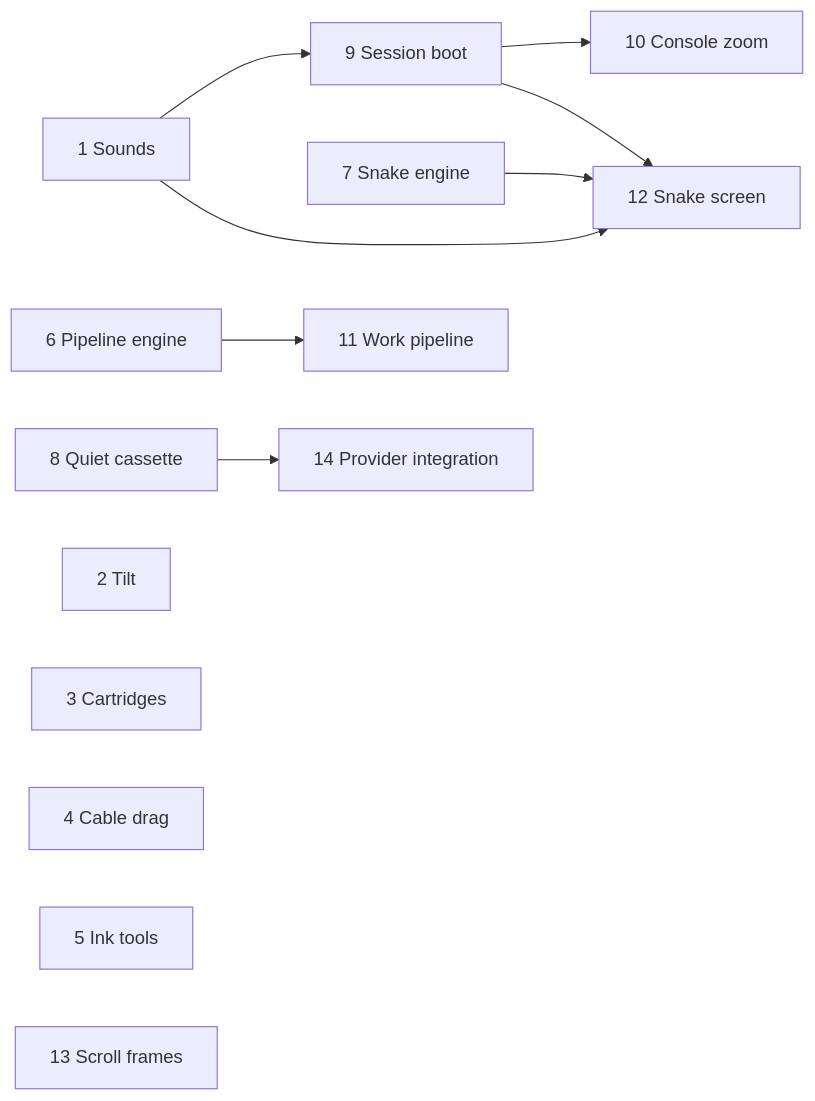
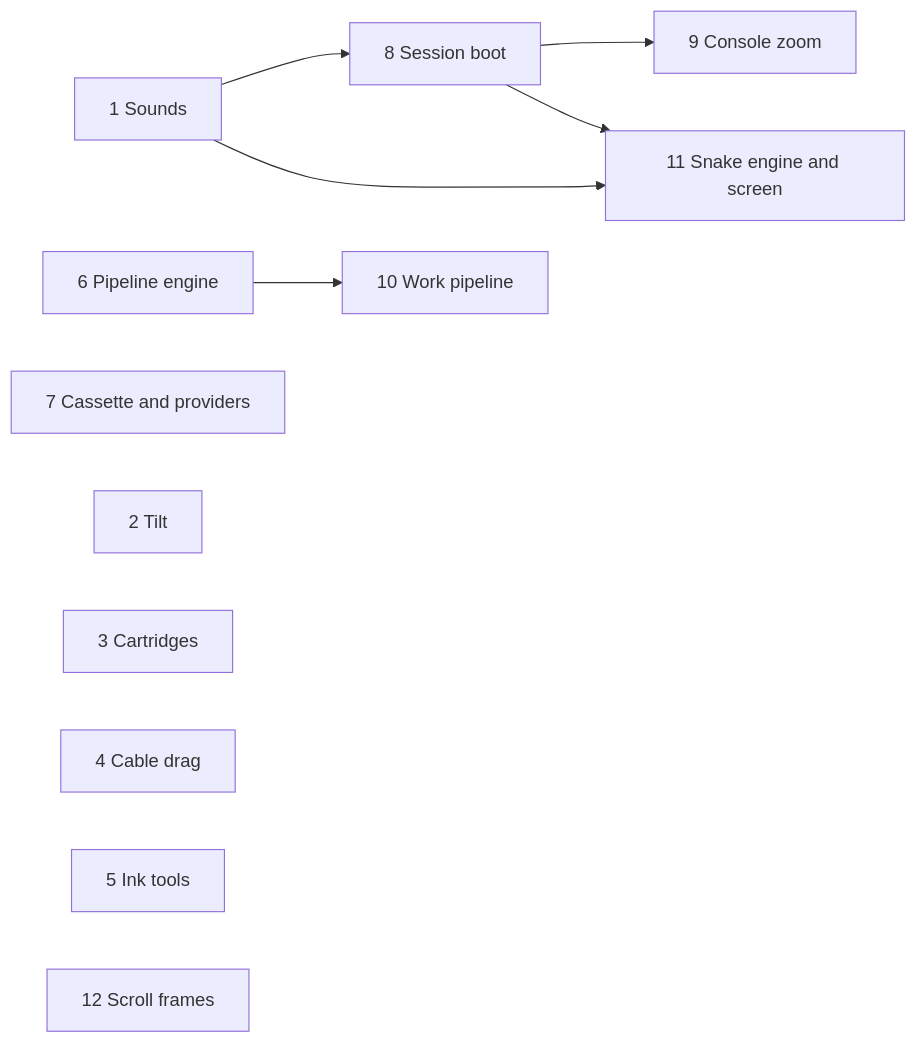
The diagram in projects/otohime-dev-enhancements-features-animations-and-design-rese/plan.md (quiinthieu/otohime), drawn with Mermaid before and after one commit. The commit also changed other lines of this file and 1 other file, not shown here.

````diff
--- a/projects/otohime-dev-enhancements-features-animations-and-design-rese/plan.md
+++ b/projects/otohime-dev-enhancements-features-animations-and-design-rese/plan.md
@@ -56,15 +56,14 @@
 ```mermaid
 flowchart LR
-  S1["1 Sounds"] --> S9["9 Session boot"]
-  S9 --> S10["10 Console zoom"]
-  S1 --> S12["12 Snake screen"]
-  S9 --> S12
-  S7["7 Snake engine"] --> S12
-  S6["6 Pipeline engine"] --> S11["11 Work pipeline"]
-  S8["8 Quiet cassette"] --> S14["14 Provider integration"]
+  S1["1 Sounds"] --> S8["8 Session boot"]
+  S8 --> S9["9 Console zoom"]
+  S1 --> S11["11 Snake engine and screen"]
+  S8 --> S11
+  S6["6 Pipeline engine"] --> S10["10 Work pipeline"]
+  S7["7 Cassette and providers"]
   S2["2 Tilt"]
   S3["3 Cartridges"]
   S4["4 Cable drag"]
   S5["5 Ink tools"]
-  S13["13 Scroll frames"]
+  S12["12 Scroll frames"]
 ```
````
